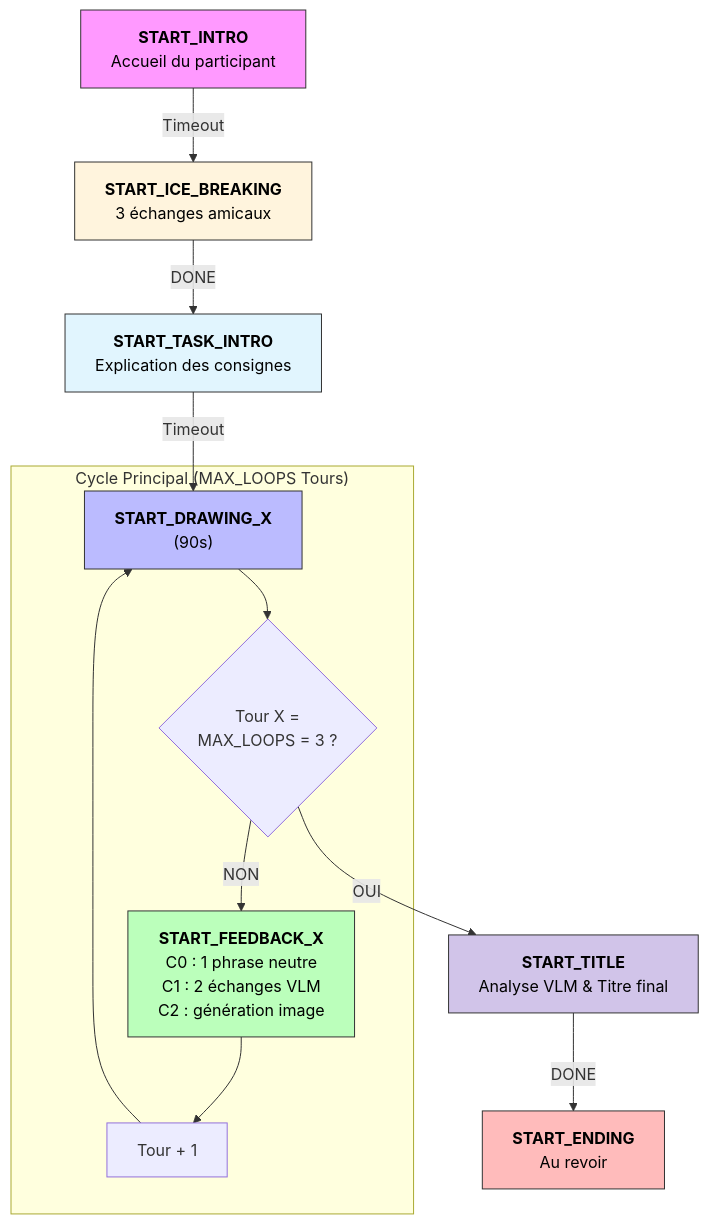
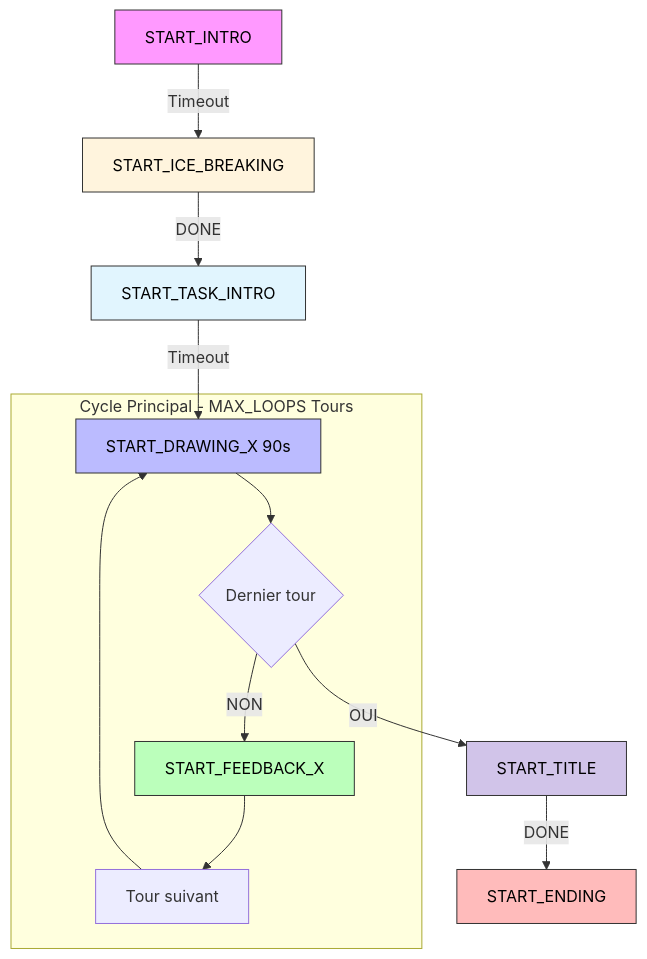
The diagram in README.md (Marcopolo-g/CreaRobot), drawn with Mermaid before and after one commit. The commit also changed other lines of this file and 12 other files, not shown here.

````diff
--- a/README.md
+++ b/README.md
@@ -135,34 +137,25 @@
 ```mermaid
 graph TD
-    INTRO[<b>START_INTRO</b><br/>Accueil du participant]
+    INTRO[START_INTRO] -->|Timeout| ICE[START_ICE_BREAKING]
+    ICE -->|DONE| TASK[START_TASK_INTRO]
+    TASK -->|Timeout| DRAW
 
-    INTRO -- "Timeout" --> ICE[<b>START_ICE_BREAKING</b><br/>3 échanges amicaux]
-
-    ICE -- "DONE" --> TASK[<b>START_TASK_INTRO</b><br/>Explication des consignes]
-
-    TASK -- "Timeout" --> DRAW
-
-    subgraph "Cycle Principal (MAX_LOOPS Tours)"
-        DRAW["<b>START_DRAWING_X</b><br/>(90s)"]
-        DRAW --> DECIDE{Tour X =
-        MAX_LOOPS = 3 ?}
-
-        DECIDE -- "NON" --> FEEDBACK["<b>START_FEEDBACK_X</b><br/>C0 : 1 phrase neutre
-        C1 : 2 échanges VLM" 
-        C2 : génération image]
-        FEEDBACK --> INC[Tour + 1]
+    subgraph Cycle["Cycle Principal - MAX_LOOPS Tours"]
+        DRAW[START_DRAWING_X 90s]
+        DRAW --> DECIDE{Dernier tour}
+        DECIDE -->|NON| FEEDBACK[START_FEEDBACK_X]
+        FEEDBACK --> INC[Tour suivant]
         INC --> DRAW
     end
 
-    DECIDE -- "OUI" --> TITLE["<b>START_TITLE</b><br/>Analyse VLM & Titre final"]
-
-    TITLE -- "DONE" --> ENDING["<b>START_ENDING</b><br/>Au revoir"]
+    DECIDE -->|OUI| TITLE[START_TITLE]
+    TITLE -->|DONE| ENDING[START_ENDING]
 
     style INTRO fill:#f9f,stroke:#333,color:#000
     style ICE fill:#fff4dd,stroke:#333,color:#000
     style TASK fill:#e1f5fe,stroke:#333,color:#000
     style DRAW fill:#bbf,stroke:#333,color:#000
     style FEEDBACK fill:#bfb,stroke:#333,color:#000
     style TITLE fill:#d1c4e9,stroke:#333,color:#000
     style ENDING fill:#fbb,stroke:#333,color:#000
 ```
````
